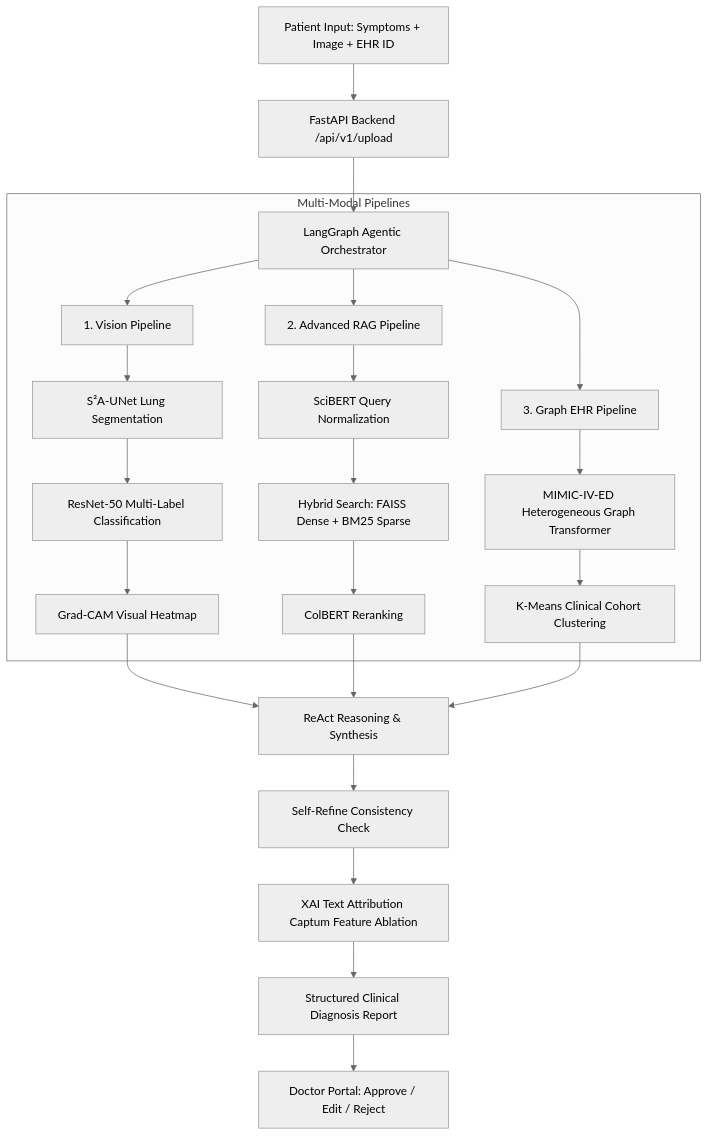
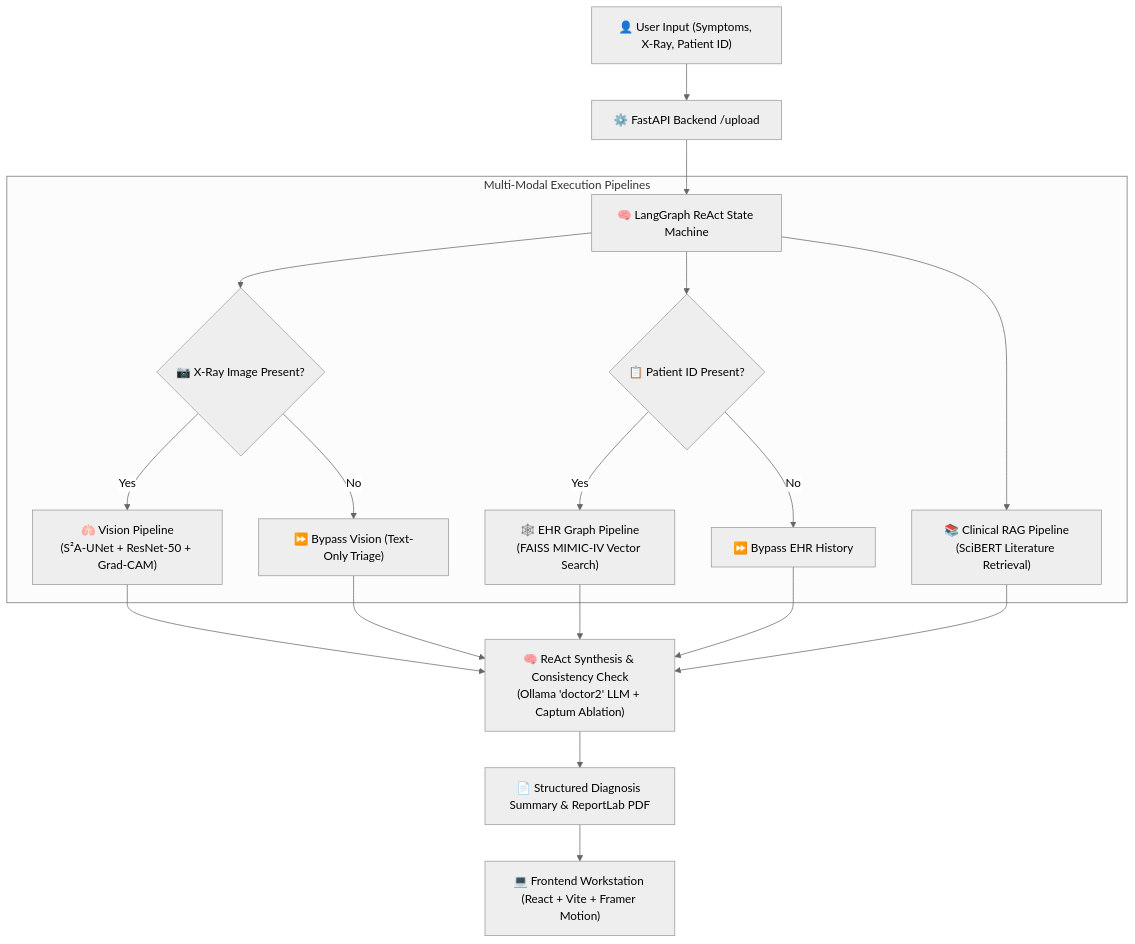
The diagram in README.md (FilippeZ/zenithdx-petient-centric-agentic-decision-support-platform), drawn with Mermaid (neutral theme) before and after one commit. The commit also changed other lines of this file and 64 other files, not shown here.

Commit message:
feat: complete ZenithDx clinical platform redesign, prompt injection & history fixes, Framer Motion UI, live 6 synthetic use cases benchmark, and comprehensive analytical README

````diff
--- a/README.md
+++ b/README.md
@@ -57,27 +22,26 @@
 ```mermaid
-flowchart TD
-    A[Patient Input: Symptoms + Image + EHR ID] --> B[FastAPI Backend /api/v1/upload]
-    B --> C[LangGraph Agentic Orchestrator]
+graph TD
+    A["👤 User Input (Symptoms, X-Ray, Patient ID)"] --> B["⚙️ FastAPI Backend /upload"]
+    B --> C["🧠 LangGraph ReAct State Machine"]
     
-    subgraph Multi-Modal Pipelines
-        C --> D[1. Vision Pipeline]
-        D --> D1[S²A-UNet Lung Segmentation]
-        D1 --> D2[ResNet-50 Multi-Label Classification]
-        D2 --> D3[Grad-CAM Visual Heatmap]
+    subgraph "Multi-Modal Execution Pipelines"
+        C --> D{"📷 X-Ray Image Present?"}
+        D -- Yes --> E["🫁 Vision Pipeline\n(S²A-UNet + ResNet-50 + Grad-CAM)"]
+        D -- No --> F["⏩ Bypass Vision (Text-Only Triage)"]
         
-        C --> E[2. Advanced RAG Pipeline]
-        E --> E1[SciBERT Query Normalization]
-        E1 --> E2[Hybrid Search: FAISS Dense + BM25 Sparse]
-        E2 --> E3[ColBERT Reranking]
+        C --> G{"📋 Patient ID Present?"}
+        G -- Yes --> H["🕸️ EHR Graph Pipeline\n(FAISS MIMIC-IV Vector Search)"]
+        G -- No --> I["⏩ Bypass EHR History"]
         
-        C --> F[3. Graph EHR Pipeline]
-        F --> F1[MIMIC-IV-ED Heterogeneous Graph Transformer]
-        F1 --> F2[K-Means Clinical Cohort Clustering]
+        C --> J["📚 Clinical RAG Pipeline\n(SciBERT Literature Retrieval)"]
     end
     
-    D3 & E3 & F2 --> G[ReAct Reasoning & Synthesis]
-    G --> H[Self-Refine Consistency Check]
-    H --> I[XAI Text Attribution Captum Feature Ablation]
-    I --> J[Structured Clinical Diagnosis Report]
-    J --> K[Doctor Portal: Approve / Edit / Reject]
+    E --> K["🧠 ReAct Synthesis & Consistency Check\n(Ollama 'doctor2' LLM + Captum Ablation)"]
+    F --> K
+    H --> K
+    I --> K
+    J --> K
+    
+    K --> L["📄 Structured Diagnosis Summary & ReportLab PDF"]
+    L --> M["💻 Frontend Workstation (React + Vite + Framer Motion)"]
 ```
````
